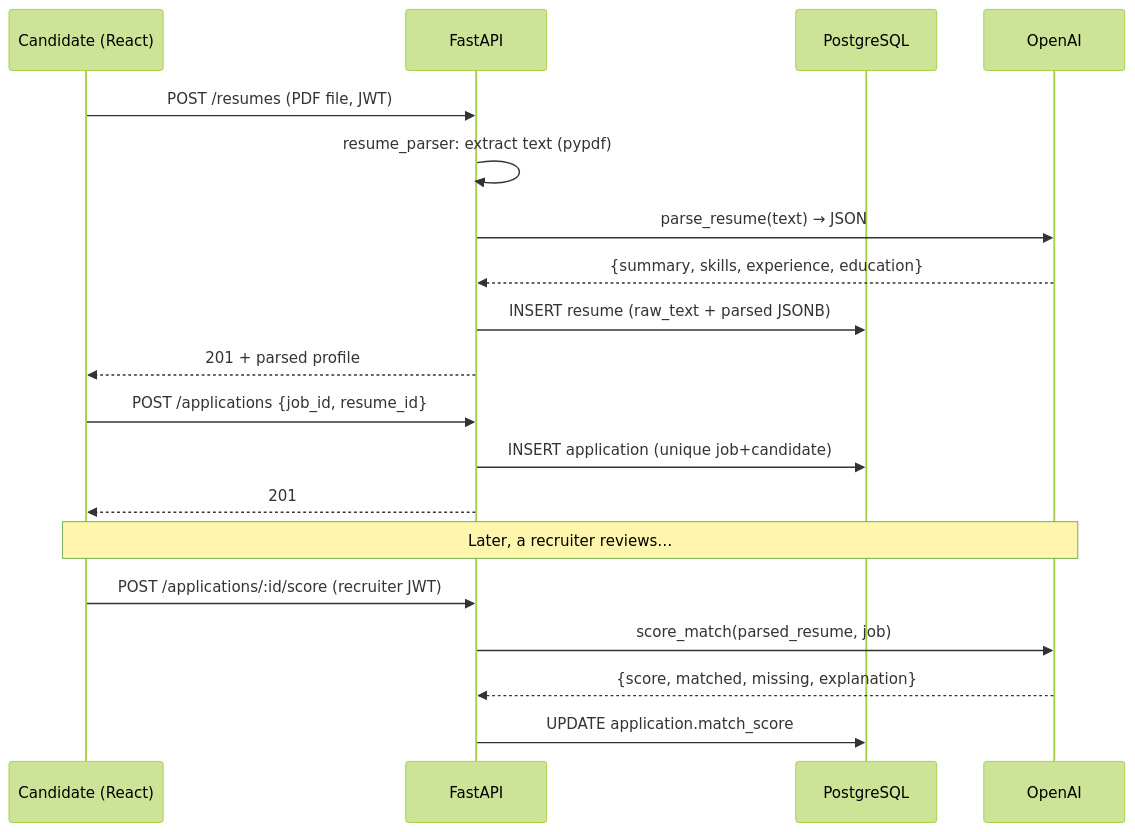
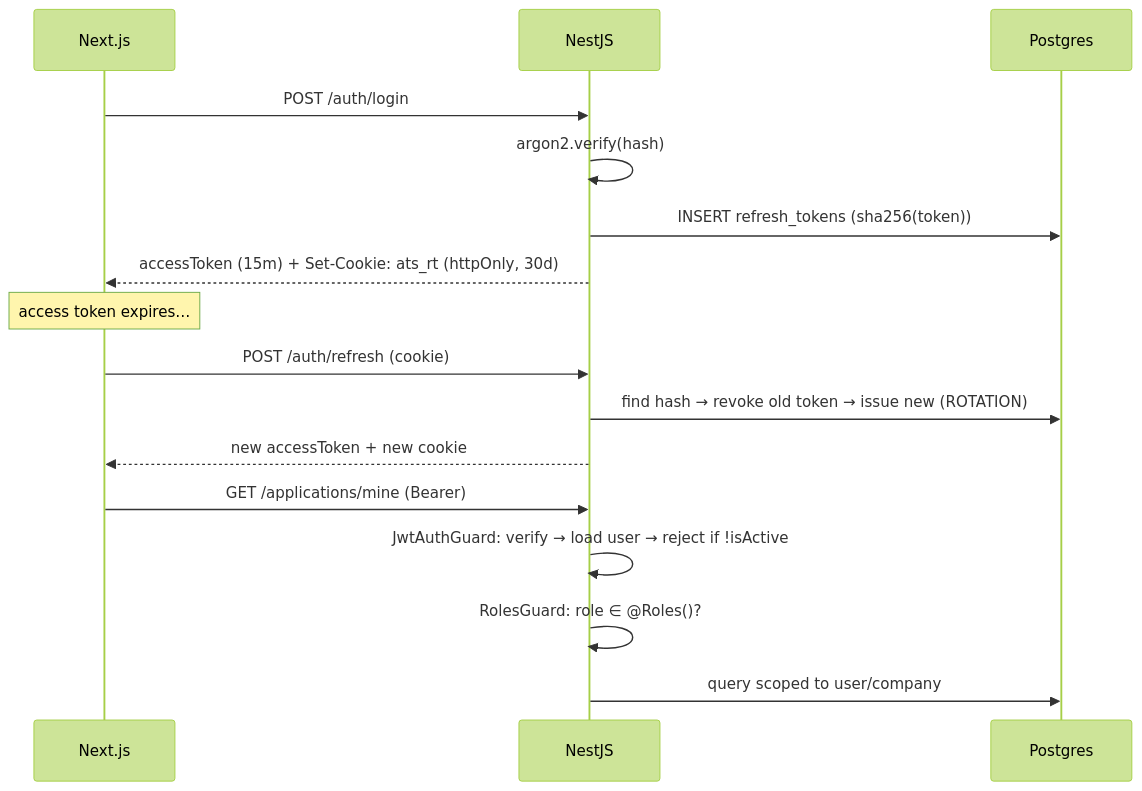
One commit to saiganesh-09/ai-ats changed the second of 2 diagrams in docs/ARCHITECTURE.md. Above: the diagram before and after it, drawn with Mermaid (forest theme). The commit also changed other lines of this file and 172 other files, not shown here.

First line of the commit message:
Rebuild as TypeScript SaaS: Next.js + NestJS + Prisma

````diff
--- a/docs/ARCHITECTURE.md
+++ b/docs/ARCHITECTURE.md
@@ -29,24 +48,21 @@
 ```mermaid
 sequenceDiagram
-    participant C as Candidate (React)
-    participant API as FastAPI
-    participant DB as PostgreSQL
-    participant AI as OpenAI
+    participant W as Next.js
+    participant A as NestJS
+    participant DB as Postgres
 
-    C->>API: POST /resumes (PDF file, JWT)
-    API->>API: resume_parser: extract text (pypdf)
-    API->>AI: parse_resume(text) → JSON
-    AI-->>API: {summary, skills, experience, education}
-    API->>DB: INSERT resume (raw_text + parsed JSONB)
-    API-->>C: 201 + parsed profile
+    W->>A: POST /auth/login
+    A->>A: argon2.verify(hash)
+    A->>DB: INSERT refresh_tokens (sha256(token))
+    A-->>W: accessToken (15m) + Set-Cookie: ats_rt (httpOnly, 30d)
 
-    C->>API: POST /applications {job_id, resume_id}
-    API->>DB: INSERT application (unique job+candidate)
-    API-->>C: 201
+    Note over W: access token expires…
+    W->>A: POST /auth/refresh (cookie)
+    A->>DB: find hash → revoke old token → issue new (ROTATION)
+    A-->>W: new accessToken + new cookie
 
-    Note over C,AI: Later, a recruiter reviews…
-    C->>API: POST /applications/:id/score (recruiter JWT)
-    API->>AI: score_match(parsed_resume, job)
-    AI-->>API: {score, matched, missing, explanation}
-    API->>DB: UPDATE application.match_score
+    W->>A: GET /applications/mine (Bearer)
+    A->>A: JwtAuthGuard: verify → load user → reject if !isActive
+    A->>A: RolesGuard: role ∈ @Roles()?
+    A->>DB: query scoped to user/company
 ```
````
